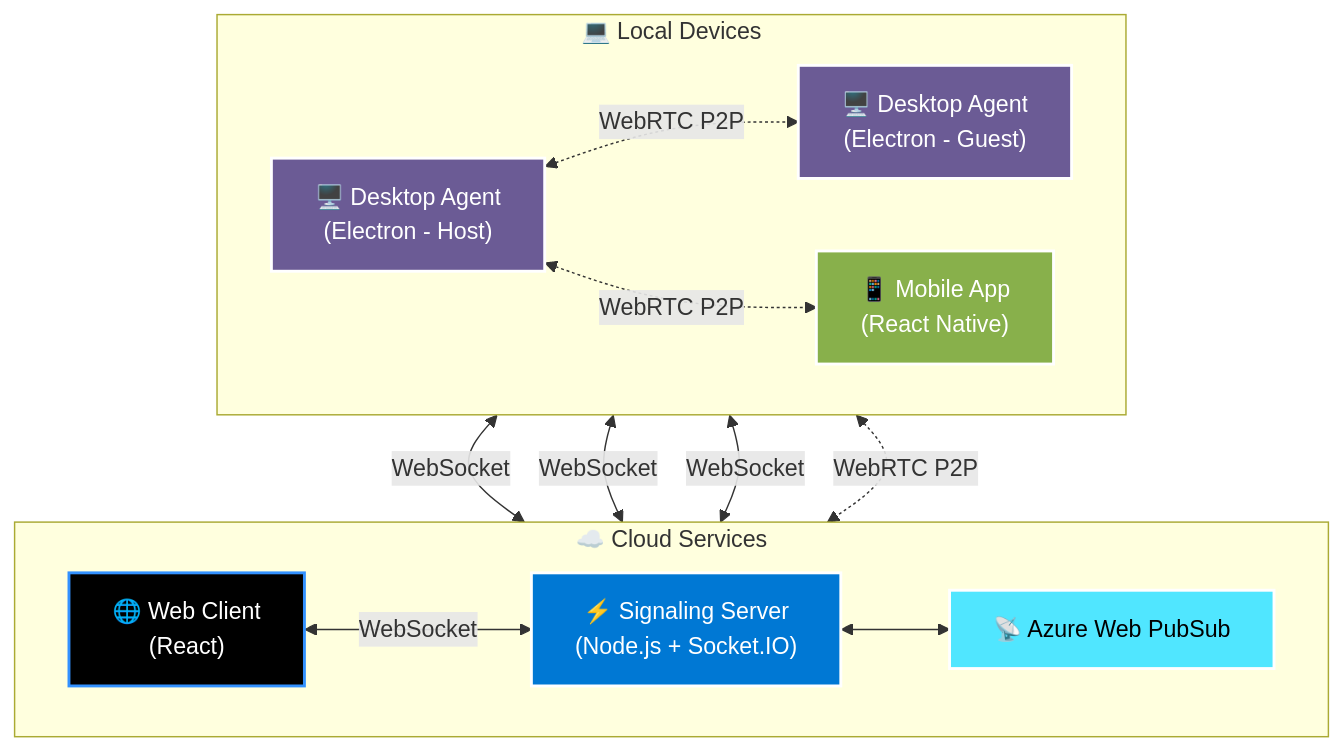
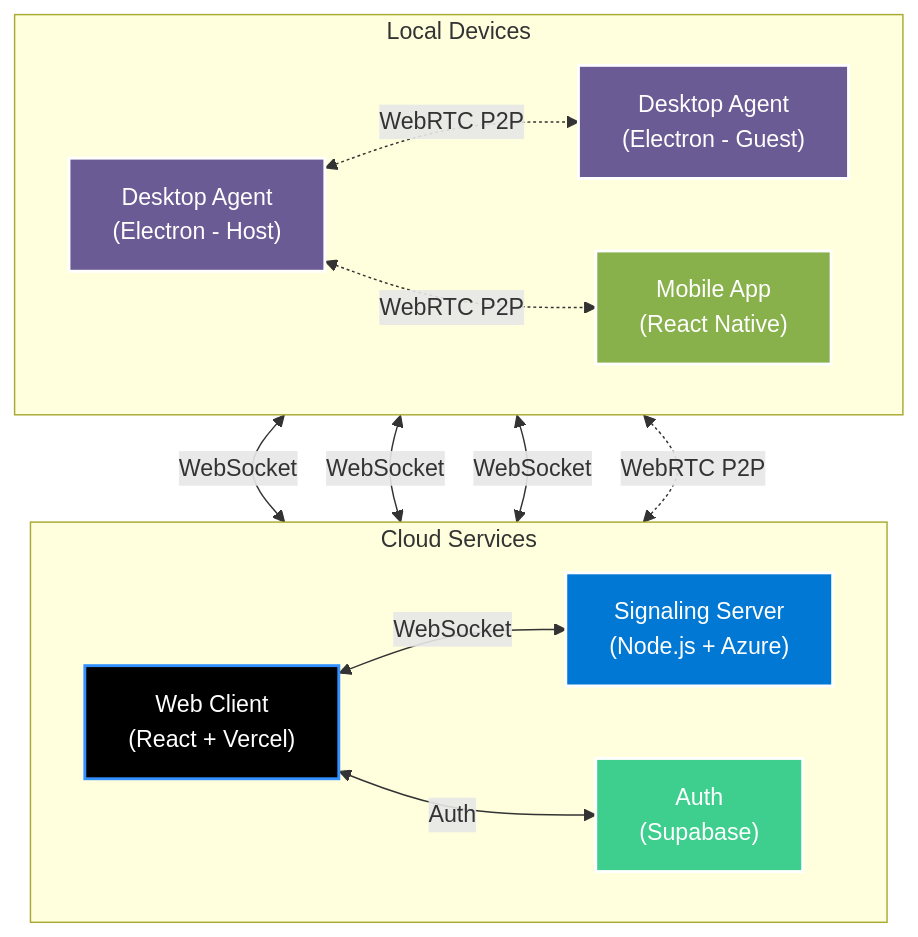
One commit to neeer4j/SuperDesk changed the diagram in README.md. Above: the diagram before and after it, drawn with Mermaid. The commit also changed other lines of this file, not shown here.

````diff
--- a/README.md
+++ b/README.md
@@ -73,33 +73,33 @@
 ```mermaid
 flowchart TB
-    subgraph Cloud["☁️ Cloud Services"]
+    subgraph Cloud["Cloud Services"]
         direction LR
-        Client["🌐 Web Client\n(React)"]
-        Server["⚡ Signaling Server\n(Node.js + Socket.IO)"]
-        PubSub["📡 Azure Web PubSub"]
+        Client["Web Client<br/>(React + Vercel)"]
+        Server["Signaling Server<br/>(Node.js + Azure)"]
+        Auth["Auth<br/>(Supabase)"]
     end
     
-    subgraph Local["💻 Local Devices"]
+    subgraph Local["Local Devices"]
         direction LR
-        Agent1["🖥️ Desktop Agent\n(Electron - Host)"]
-        Agent2["🖥️ Desktop Agent\n(Electron - Guest)"]
-        Mobile["📱 Mobile App\n(React Native)"]
+        Agent1["Desktop Agent<br/>(Electron - Host)"]
+        Agent2["Desktop Agent<br/>(Electron - Guest)"]
+        Mobile["Mobile App<br/>(React Native)"]
     end
 
     Client <-->|WebSocket| Server
-    Server <--> PubSub
+    Client <-->|Auth| Auth
     Agent1 <-->|WebSocket| Server
     Agent2 <-->|WebSocket| Server
     Mobile <-->|WebSocket| Server
     
     Agent1 <-.->|WebRTC P2P| Client
     Agent1 <-.->|WebRTC P2P| Agent2
     Agent1 <-.->|WebRTC P2P| Mobile
 
     style Client fill:#000,stroke:#3291FF,color:#fff,stroke-width:2px
     style Server fill:#0078D4,stroke:#fff,color:#fff,stroke-width:2px
-    style PubSub fill:#50E6FF,stroke:#fff,color:#000,stroke-width:2px
+    style Auth fill:#3ECF8E,stroke:#fff,color:#fff,stroke-width:2px
     style Agent1 fill:#6B5B95,stroke:#fff,color:#fff,stroke-width:2px
     style Agent2 fill:#6B5B95,stroke:#fff,color:#fff,stroke-width:2px
     style Mobile fill:#88B04B,stroke:#fff,color:#fff,stroke-width:2px
 ```
````
